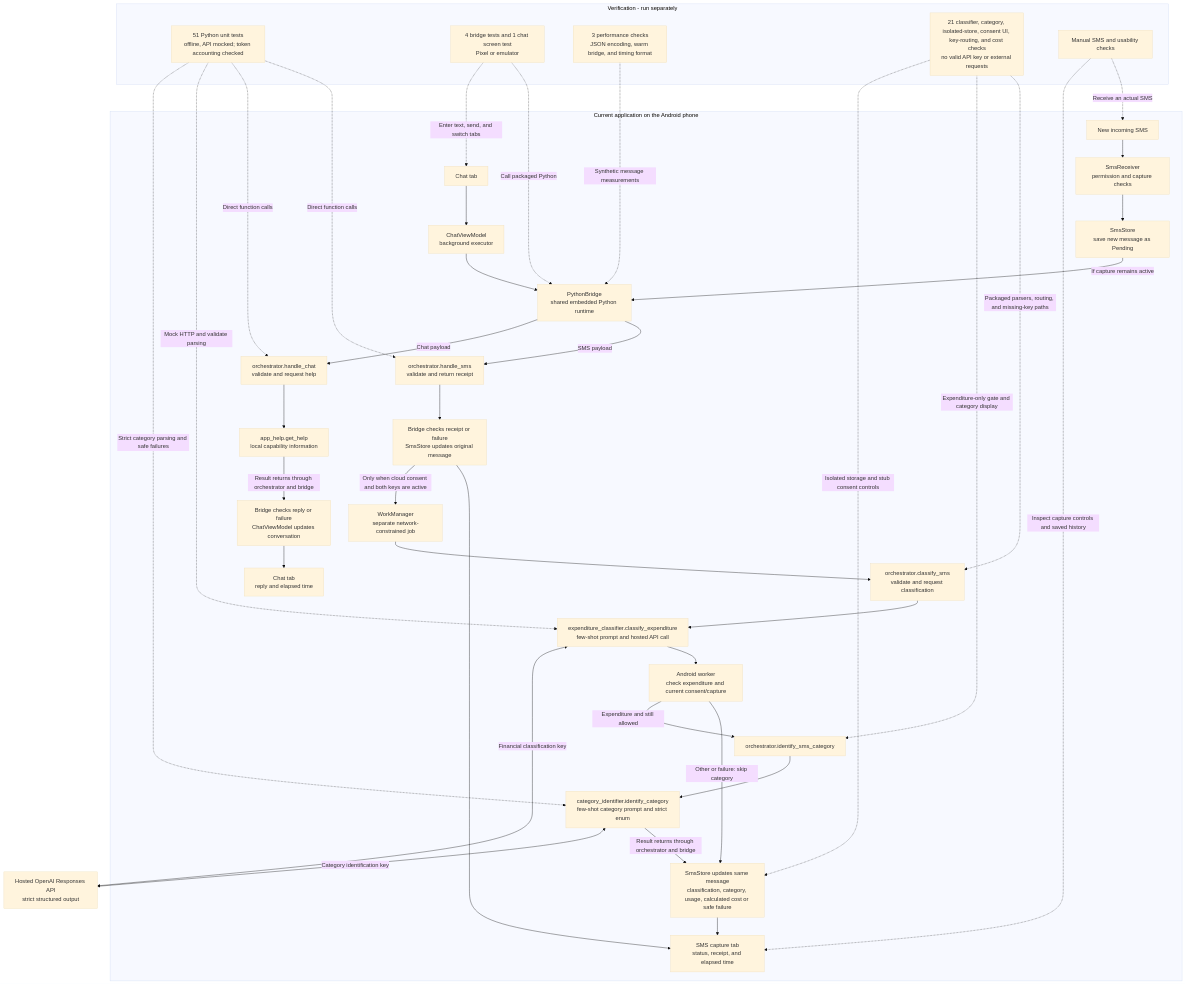
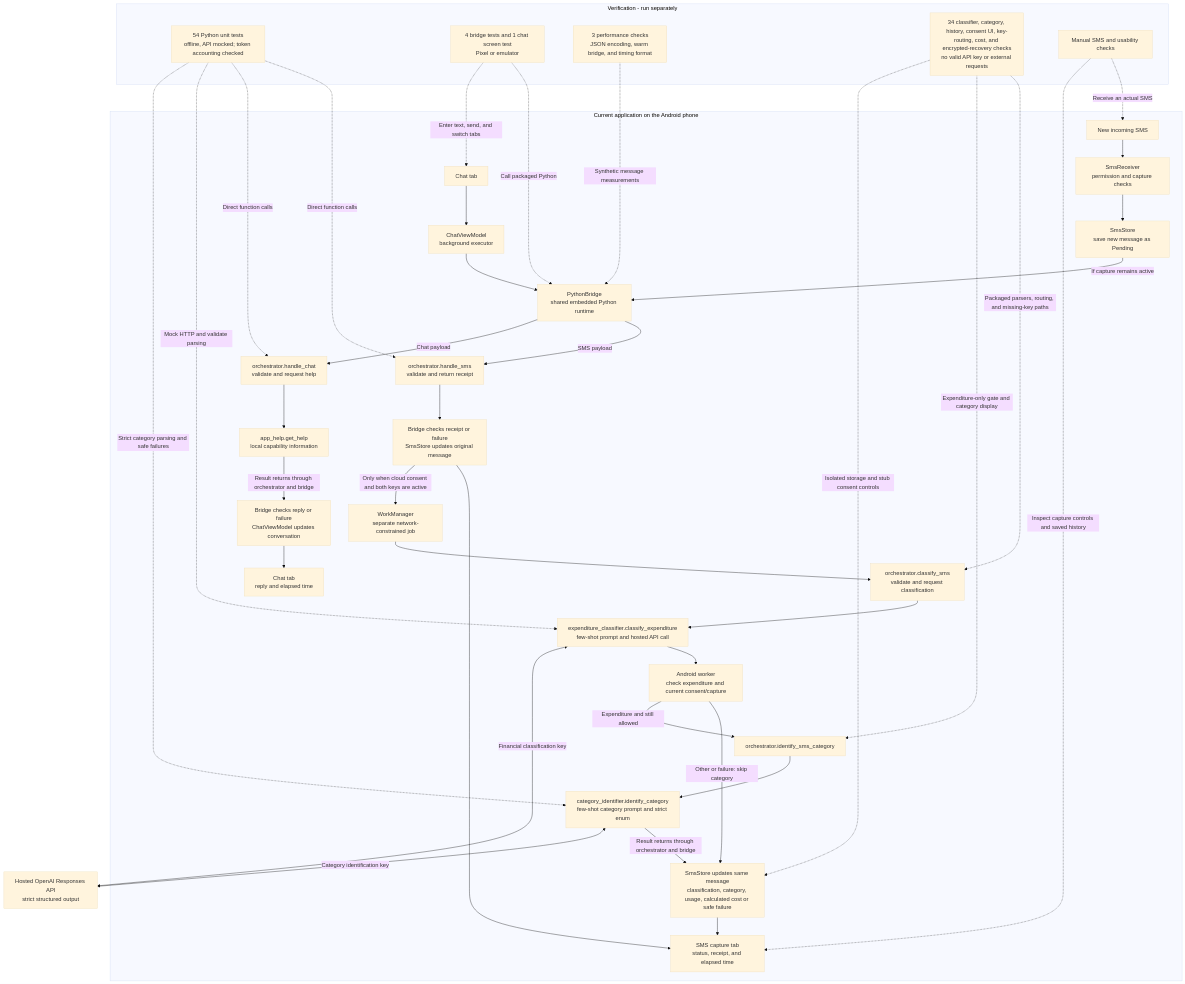
Before and after one commit to Abijith97/expense-tracker-with-mcp: the first of 3 diagrams in README.md, drawn with Mermaid (base theme). The commit also changed other lines of this file and 29 other files, not shown here.

````diff
--- a/README.md
+++ b/README.md
@@ -133,48 +155,48 @@
 ```mermaid
 flowchart TB
     subgraph Phone[Current application on the Android phone]
         Chat[Chat tab] --> ChatWork[ChatViewModel<br/>background executor]
         SMS[New incoming SMS] --> Capture[SmsReceiver<br/>permission and capture checks]
         Capture --> Save[SmsStore<br/>save new message as Pending]
         Save -->|If capture remains active| Bridge[PythonBridge<br/>shared embedded Python runtime]
         ChatWork --> Bridge
         Bridge -->|SMS payload| SMSPython[orchestrator.handle_sms<br/>validate and return receipt]
         Bridge -->|Chat payload| ChatPython[orchestrator.handle_chat<br/>validate and request help]
         SMSPython --> SMSResult[Bridge checks receipt or failure<br/>SmsStore updates original message]
         SMSResult --> SMSScreen[SMS capture tab<br/>status, receipt, and elapsed time]
         SMSResult -->|Only when cloud consent and both keys are active| CloudWork[WorkManager<br/>separate network-constrained job]
         CloudWork --> Classifier[orchestrator.classify_sms<br/>validate and request classification]
         Classifier --> ClassifyTool[expenditure_classifier.classify_expenditure<br/>few-shot prompt and hosted API call]
         ChatPython --> HelpTool[app_help.get_help<br/>local capability information]
         ClassifyTool --> Gate[Android worker<br/>check expenditure and current consent/capture]
         Gate -->|Other or failure: skip category| Classified[SmsStore updates same message<br/>classification, category, usage, calculated cost or safe failure]
         Gate -->|Expenditure and still allowed| CategoryPython[orchestrator.identify_sms_category]
         CategoryPython --> CategoryTool[category_identifier.identify_category<br/>few-shot category prompt and strict enum]
         CategoryTool -->|Result returns through orchestrator and bridge| Classified
         Classified --> SMSScreen
         HelpTool -->|Result returns through orchestrator and bridge| ChatResult[Bridge checks reply or failure<br/>ChatViewModel updates conversation]
         ChatResult --> ChatScreen[Chat tab<br/>reply and elapsed time]
     end
     ClassifyTool <-->|Financial classification key| API[Hosted OpenAI Responses API<br/>strict structured output]
     CategoryTool <-->|Category identification key| API
 
     subgraph Checks[Verification - run separately]
-        Unit[51 Python unit tests<br/>offline, API mocked; token accounting checked]
+        Unit[54 Python unit tests<br/>offline, API mocked; token accounting checked]
         Integration[4 bridge tests and 1 chat screen test<br/>Pixel or emulator]
         Performance[3 performance checks<br/>JSON encoding, warm bridge, and timing format]
-        ClassificationChecks[21 classifier, category, isolated-store, consent UI, key-routing, and cost checks<br/>no valid API key or external requests]
+        ClassificationChecks[34 classifier, category, history, consent UI, key-routing, cost, and encrypted-recovery checks<br/>no valid API key or external requests]
         Manual[Manual SMS and usability checks]
     end
     Unit -.->|Direct function calls| SMSPython
     Unit -.->|Direct function calls| ChatPython
     Integration -.->|Call packaged Python| Bridge
     Integration -.->|Enter text, send, and switch tabs| Chat
     Performance -.->|Synthetic message measurements| Bridge
     Unit -.->|Mock HTTP and validate parsing| ClassifyTool
     Unit -.->|Strict category parsing and safe failures| CategoryTool
     ClassificationChecks -.->|Packaged parsers, routing, and missing-key paths| Classifier
     ClassificationChecks -.->|Expenditure-only gate and category display| CategoryPython
     ClassificationChecks -.->|Isolated storage and stub consent controls| Classified
     Manual -.->|Receive an actual SMS| SMS
     Manual -.->|Inspect capture controls and saved history| SMSScreen
 ```
````
